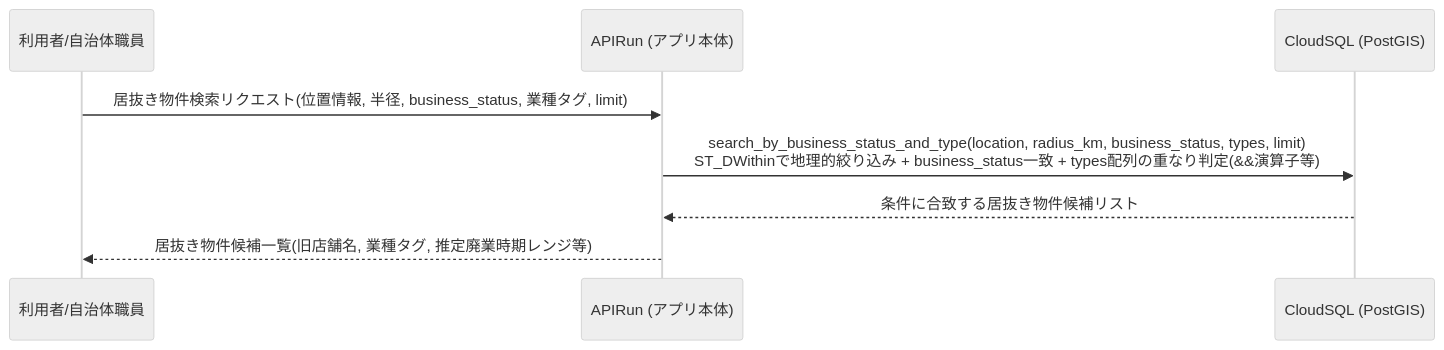
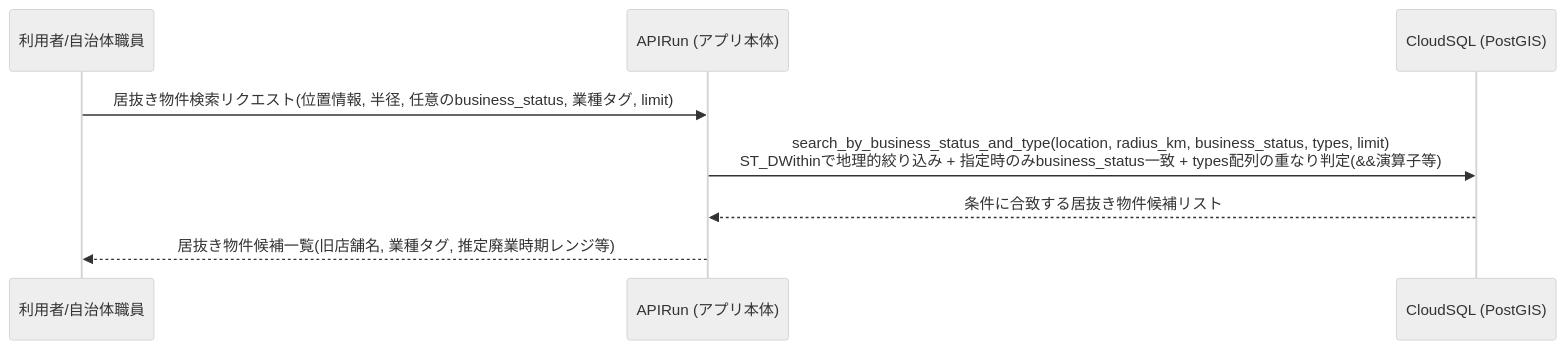
The fifth of 5 diagrams in docs/architecture.md (eyepyon/gpsys), drawn with Mermaid (neutral theme) before and after one commit. The commit also changed 9 other files, not shown here.

````diff
--- a/docs/architecture.md
+++ b/docs/architecture.md
@@ -142,11 +142,11 @@
 ```mermaid
 sequenceDiagram
     participant U as 利用者/自治体職員
     participant API as APIRun (アプリ本体)
     participant DB as CloudSQL (PostGIS)
 
-    U->>API: 居抜き物件検索リクエスト(位置情報, 半径, business_status, 業種タグ, limit)
-    API->>DB: search_by_business_status_and_type(location, radius_km, business_status, types, limit)<br/>ST_DWithinで地理的絞り込み + business_status一致 + types配列の重なり判定(&&演算子等)
+    U->>API: 居抜き物件検索リクエスト(位置情報, 半径, 任意のbusiness_status, 業種タグ, limit)
+    API->>DB: search_by_business_status_and_type(location, radius_km, business_status, types, limit)<br/>ST_DWithinで地理的絞り込み + 指定時のみbusiness_status一致 + types配列の重なり判定(&&演算子等)
     DB-->>API: 条件に合致する居抜き物件候補リスト
     API-->>U: 居抜き物件候補一覧(旧店舗名, 業種タグ, 推定廃業時期レンジ等)
 ```
````
